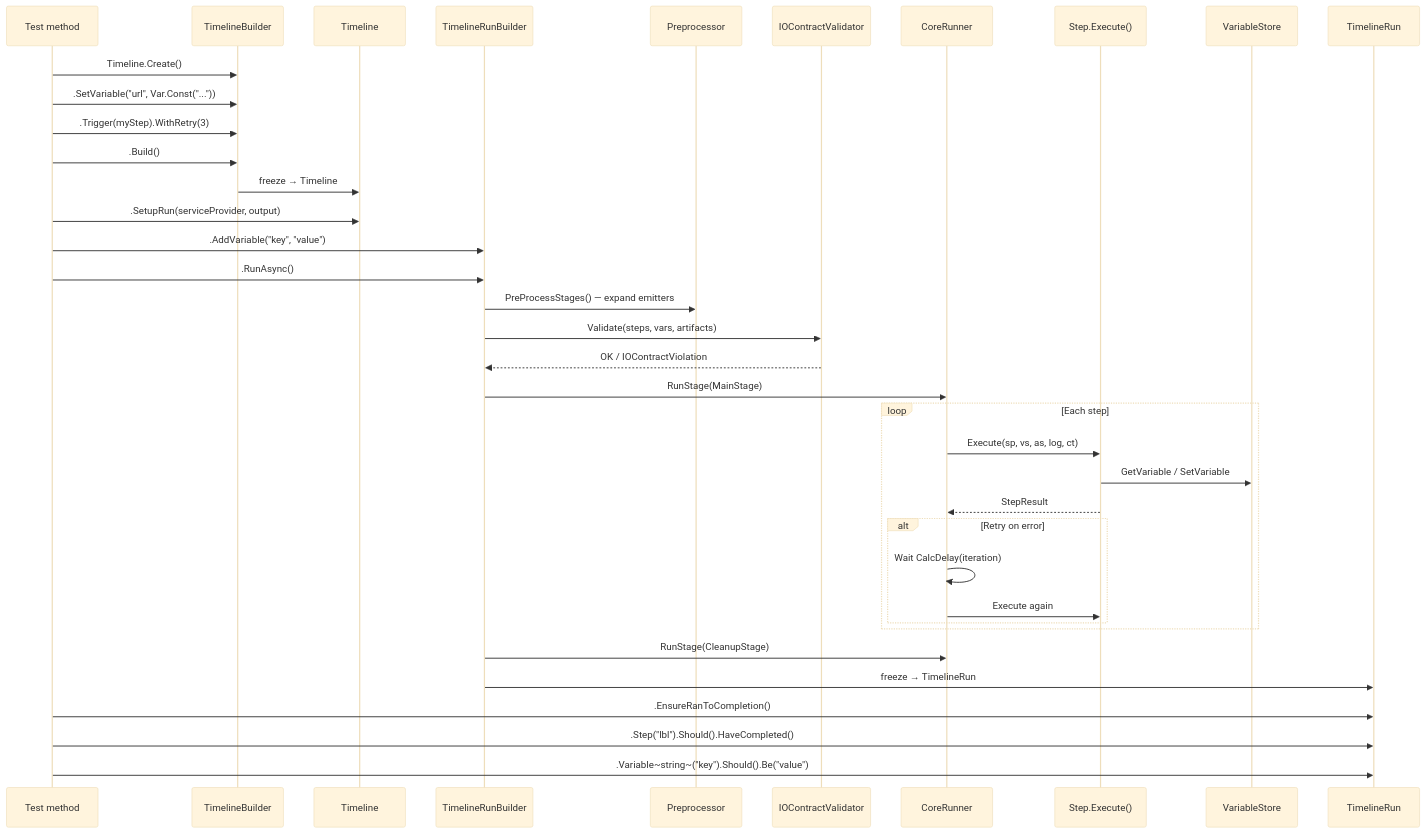
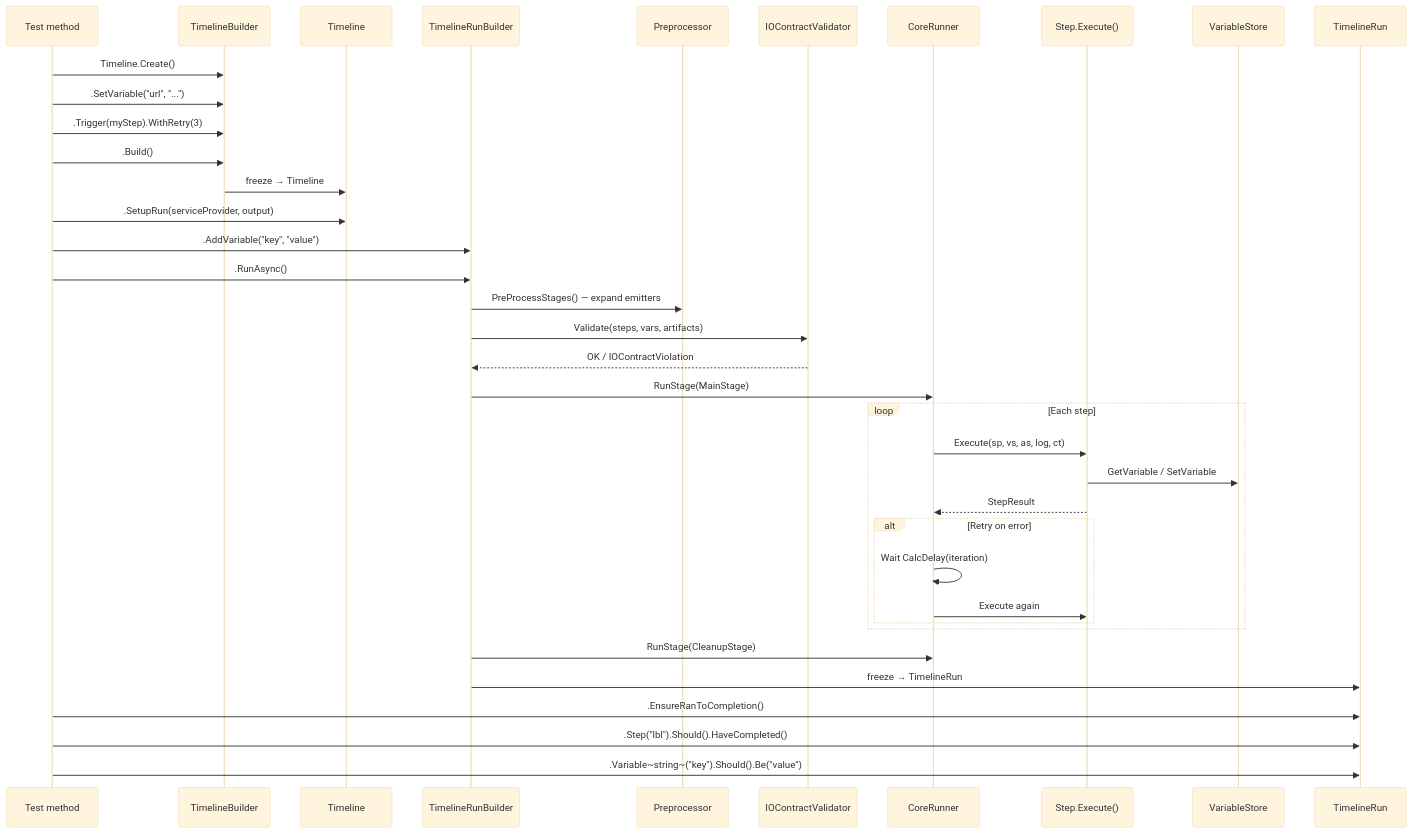
Before and after one commit to DeadMoon0/TestFramework-Core: the ninth of 16 diagrams in Documentation/Arc42.md, drawn with Mermaid (base theme). The commit also changed other lines of this file and 25 other files, not shown here.

Commit message:
Split SetVariable into a value verb and SetVariableFrom, and refuse a variable passed as a value at compile time

````diff
--- a/Documentation/Arc42.md
+++ b/Documentation/Arc42.md
@@ -348,44 +348,44 @@
 ```mermaid
 sequenceDiagram
     participant Test as Test method
     participant TB as TimelineBuilder
     participant TL as Timeline
     participant TRB as TimelineRunBuilder
     participant PP as Preprocessor
     participant VAL as IOContractValidator
     participant CR as CoreRunner
     participant Step as Step.Execute()
     participant VS as VariableStore
     participant TR as TimelineRun
 
     Test->>TB: Timeline.Create()
-    Test->>TB: .SetVariable("url", Var.Const("..."))
+    Test->>TB: .SetVariable("url", "...")
     Test->>TB: .Trigger(myStep).WithRetry(3)
     Test->>TB: .Build()
     TB->>TL: freeze → Timeline
 
     Test->>TL: .SetupRun(serviceProvider, output)
     Test->>TRB: .AddVariable("key", "value")
     Test->>TRB: .RunAsync()
 
     TRB->>PP: PreProcessStages() — expand emitters
     TRB->>VAL: Validate(steps, vars, artifacts)
     VAL-->>TRB: OK / IOContractViolation
 
     TRB->>CR: RunStage(MainStage)
     loop Each step
         CR->>Step: Execute(sp, vs, as, log, ct)
         Step->>VS: GetVariable / SetVariable
         Step-->>CR: StepResult
         alt Retry on error
             CR->>CR: Wait CalcDelay(iteration)
             CR->>Step: Execute again
         end
     end
     TRB->>CR: RunStage(CleanupStage)
     TRB->>TR: freeze → TimelineRun
 
     Test->>TR: .EnsureRanToCompletion()
     Test->>TR: .Step("lbl").Should().HaveCompleted()
     Test->>TR: .Variable~string~("key").Should().Be("value")
 ```
````
